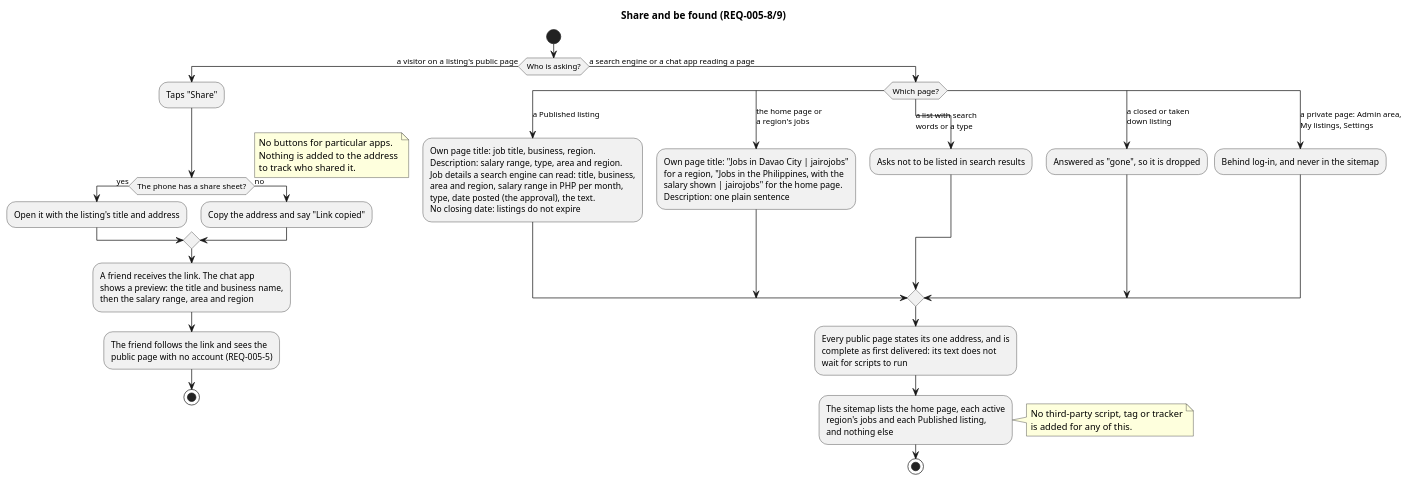
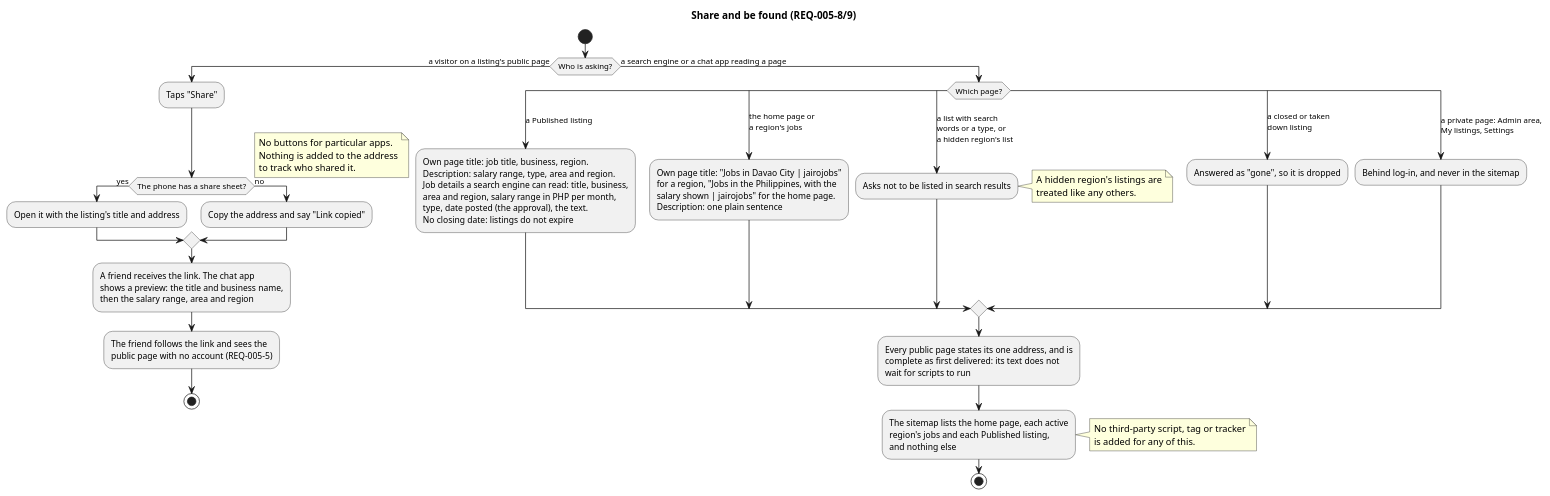
One commit to raseniero/jairojobs-elixir changed the diagram in docs/specs/005-public-browse-search/diagrams/activity-share-and-be-found.puml. Above: the diagram before and after it, drawn with PlantUML. The commit also changed 4 other files, not shown here.

Commit message:
docs(spec 005): smaller choices settled as decisions 15-25; a hidden region's list asks not to be listed (REQ-005-9)

```diff
--- a/docs/specs/005-public-browse-search/diagrams/activity-share-and-be-found.puml
+++ b/docs/specs/005-public-browse-search/diagrams/activity-share-and-be-found.puml
@@ -1,57 +1,61 @@
 @startuml activity-share-and-be-found
 ' Spec 005 — sharing a listing, and what search engines are told (REQ-005-8, -9)
 title Share and be found (REQ-005-8/9)
 
 start
 if (Who is asking?) then (a visitor on a listing's public page)
   :Taps "Share";
   if (The phone has a share sheet?) then (yes)
     :Open it with the listing's title and address;
   else (no)
     :Copy the address and say "Link copied";
   endif
   note right
     No buttons for particular apps.
     Nothing is added to the address
     to track who shared it.
   end note
   :A friend receives the link. The chat app
   shows a preview: the title and business name,
   then the salary range, area and region;
   :The friend follows the link and sees the
   public page with no account (REQ-005-5);
   stop
 else (a search engine or a chat app reading a page)
   switch (Which page?)
   case (a Published listing)
     :Own page title: job title, business, region.
     Description: salary range, type, area and region.
     Job details a search engine can read: title, business,
     area and region, salary range in PHP per month,
     type, date posted (the approval), the text.
     No closing date: listings do not expire;
   case (the home page or\na region's jobs)
     :Own page title: "Jobs in Davao City | jairojobs"
     for a region, "Jobs in the Philippines, with the
     salary shown | jairojobs" for the home page.
     Description: one plain sentence;
-  case (a list with search\nwords or a type)
+  case (a list with search\nwords or a type, or\na hidden region's list)
     :Asks not to be listed in search results;
+    note right
+      A hidden region's listings are
+      treated like any others.
+    end note
   case (a closed or taken\ndown listing)
     :Answered as "gone", so it is dropped;
   case (a private page: Admin area,\nMy listings, Settings)
     :Behind log-in, and never in the sitemap;
   endswitch
   :Every public page states its one address, and is
   complete as first delivered: its text does not
   wait for scripts to run;
   :The sitemap lists the home page, each active
   region's jobs and each Published listing,
   and nothing else;
   note right
     No third-party script, tag or tracker
     is added for any of this.
   end note
   stop
 endif
 @enduml
```
